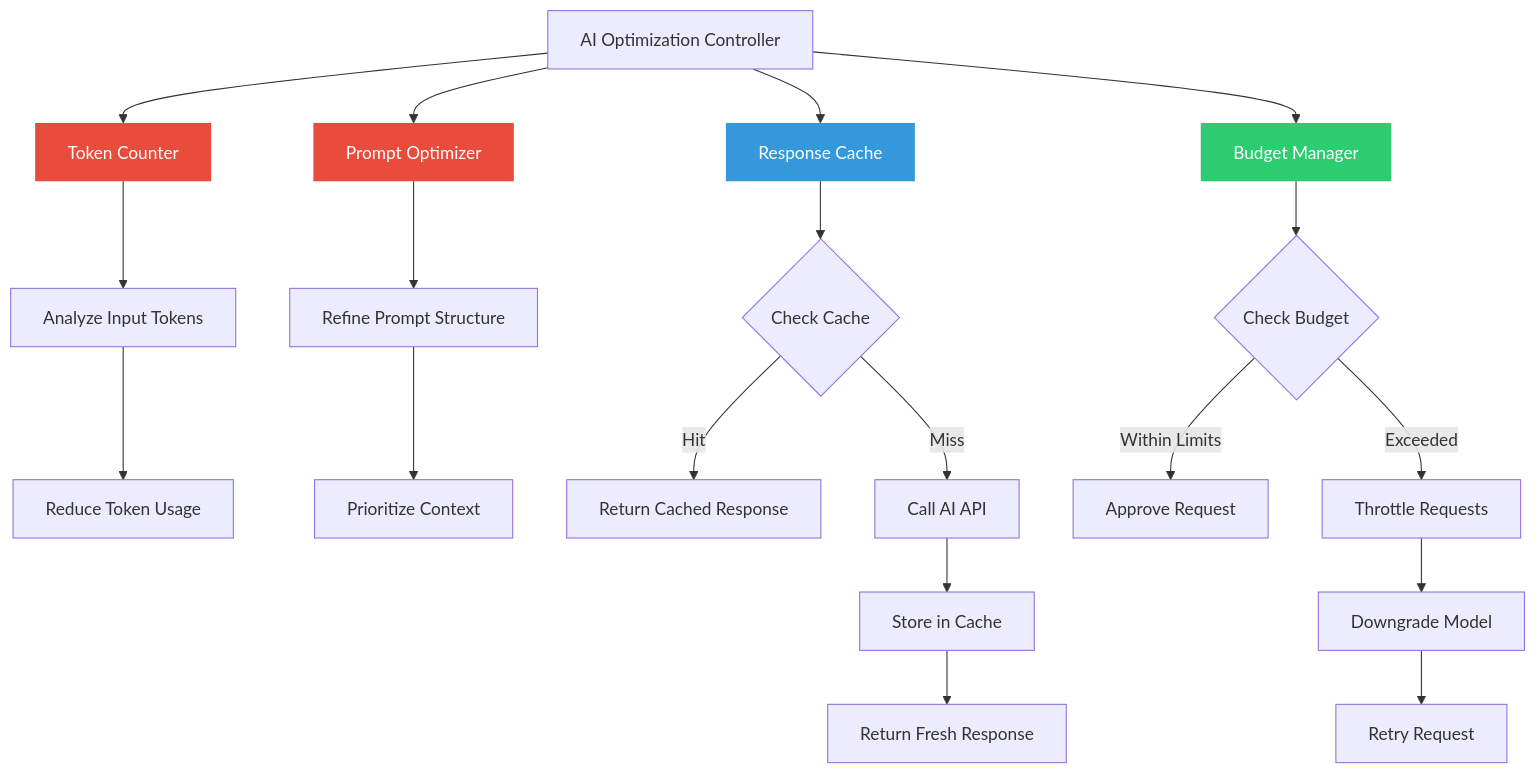
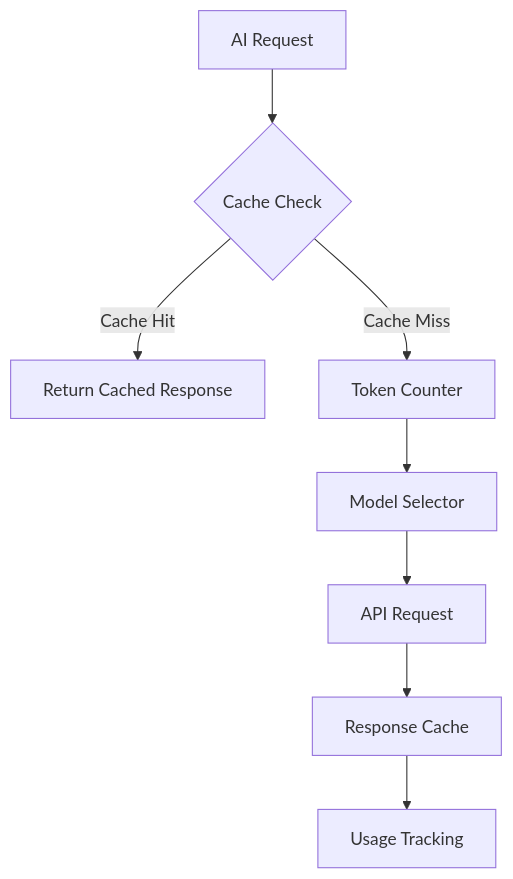
The eighth of 12 diagrams in docs/automated_blog_system.md (AnthonyJPerez/AutomatedBlog), drawn with Mermaid before and after one commit. The commit also changed other lines of this file and 6 other files, not shown here.

````diff
--- a/docs/automated_blog_system.md
+++ b/docs/automated_blog_system.md
@@ -429,29 +168,10 @@
 ```mermaid
-flowchart TB
-    classDef optimization fill:#E74C3C,color:white,stroke:none;
-    classDef cache fill:#3498DB,color:white,stroke:none;
-    classDef budget fill:#2ECC71,color:white,stroke:none;
-    
-    A[AI Optimization Controller] --> B[Token Counter]:::optimization
-    A --> C[Prompt Optimizer]:::optimization
-    A --> D[Response Cache]:::cache
-    A --> E[Budget Manager]:::budget
-    
-    B --> PromptAnalysis[Analyze Input Tokens]
-    PromptAnalysis --> TokenReduction[Reduce Token Usage]
-    
-    C --> PromptRefinement[Refine Prompt Structure]
-    PromptRefinement --> ContextPrioritization[Prioritize Context]
-    
-    D --> CacheCheck{Check Cache}
-    CacheCheck -- Hit --> ReturnCached[Return Cached Response]
-    CacheCheck -- Miss --> CallAPI[Call AI API]
-    CallAPI --> StoreResponse[Store in Cache]
-    StoreResponse --> ReturnFresh[Return Fresh Response]
-    
-    E --> BudgetCheck{Check Budget}
-    BudgetCheck -- Within Limits --> ApproveRequest[Approve Request]
-    BudgetCheck -- Exceeded --> ThrottleRequests[Throttle Requests]
-    ThrottleRequests --> ModelDowngrade[Downgrade Model]
-    ModelDowngrade --> RetryRequest[Retry Request]
+flowchart TD
+    A[AI Request] --> B{Cache Check}
+    B -->|Cache Hit| C[Return Cached Response]
+    B -->|Cache Miss| D[Token Counter]
+    D --> E[Model Selector]
+    E --> F[API Request]
+    F --> G[Response Cache]
+    G --> H[Usage Tracking]
 ```
````
